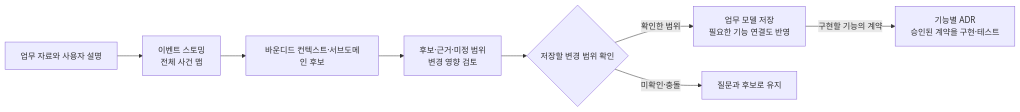
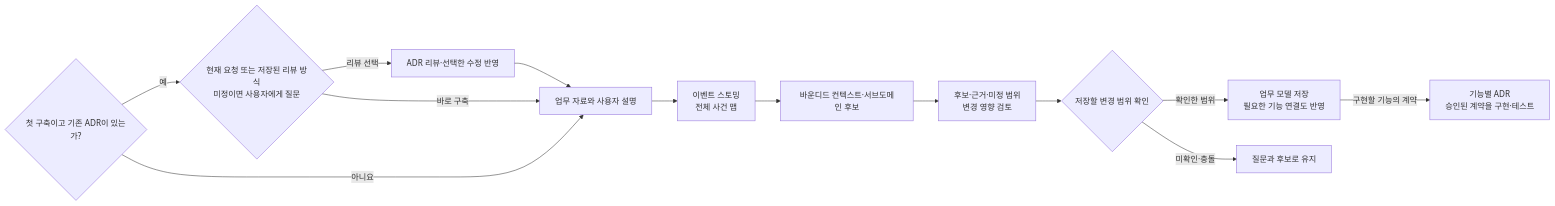
One commit to haandol/alps-writer-plugins changed the first of 2 diagrams in plugins/ontology-writer/docs/workflow.md. Above: the diagram before and after it, drawn with Mermaid. The commit also changed other lines of this file and 96 other files, not shown here.

````diff
--- a/plugins/ontology-writer/docs/workflow.md
+++ b/plugins/ontology-writer/docs/workflow.md
@@ -64,10 +68,15 @@
 ```mermaid
 flowchart LR
-    Input["업무 자료와 사용자 설명"] --> Storm["이벤트 스토밍<br/>전체 사건 맵"]
+    Start{"첫 구축이고 기존 ADR이 있는가?"} -->|"예"| Choice{"현재 요청 또는 저장된 리뷰 방식<br/>미정이면 사용자에게 질문"}
+    Choice -->|"리뷰 선택"| AdrReview["ADR 리뷰·선택한 수정 반영"]
+    Choice -->|"바로 구축"| Input["업무 자료와 사용자 설명"]
+    Start -->|"아니요"| Input
+    AdrReview --> Input
+    Input --> Storm["이벤트 스토밍<br/>전체 사건 맵"]
     Storm --> Boundary["바운디드 컨텍스트·서브도메인 후보"]
     Boundary --> Review["후보·근거·미정 범위<br/>변경 영향 검토"]
     Review --> Approval{"저장할 변경 범위 확인"}
     Approval -->|"확인한 범위"| Model["업무 모델 저장<br/>필요한 기능 연결도 반영"]
     Approval -->|"미확인·충돌"| Questions["질문과 후보로 유지"]
     Model -->|"구현할 기능의 계약"| ADR["기능별 ADR<br/>승인된 계약을 구현·테스트"]
 ```
````
